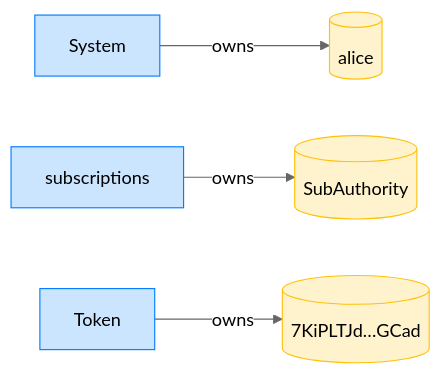
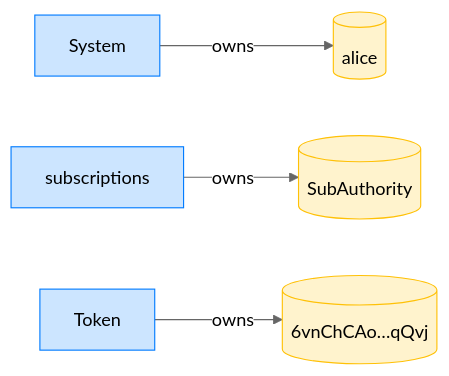
The fourth of 8 diagrams in dsl_tests/revoke-with-a-wrong-receiver-is-unauthorized.md (cds-rs/subscriptions), drawn with Mermaid (neutral theme) before and after one commit. The commit also changed other lines of this file and 224 other files, not shown here.

````diff
--- a/dsl_tests/revoke-with-a-wrong-receiver-is-unauthorized.md
+++ b/dsl_tests/revoke-with-a-wrong-receiver-is-unauthorized.md
@@ -71,14 +76,14 @@
 ```mermaid
 flowchart LR
     classDef owner fill:#cce5ff,stroke:#007bff;
     classDef account fill:#fff3cd,stroke:#ffc107;
     System[System]:::owner
     alice[(alice)]:::account
     subscriptions[subscriptions]:::owner
     SubAuthority[(SubAuthority)]:::account
     Token[Token]:::owner
-    7KiPLTJd_GCad[("7KiPLTJd…GCad")]:::account
+    6vnChCAo_qQvj[("6vnChCAo…qQvj")]:::account
     System -->|owns| alice
     subscriptions -->|owns| SubAuthority
-    Token -->|owns| 7KiPLTJd_GCad
+    Token -->|owns| 6vnChCAo_qQvj
 ```
````
